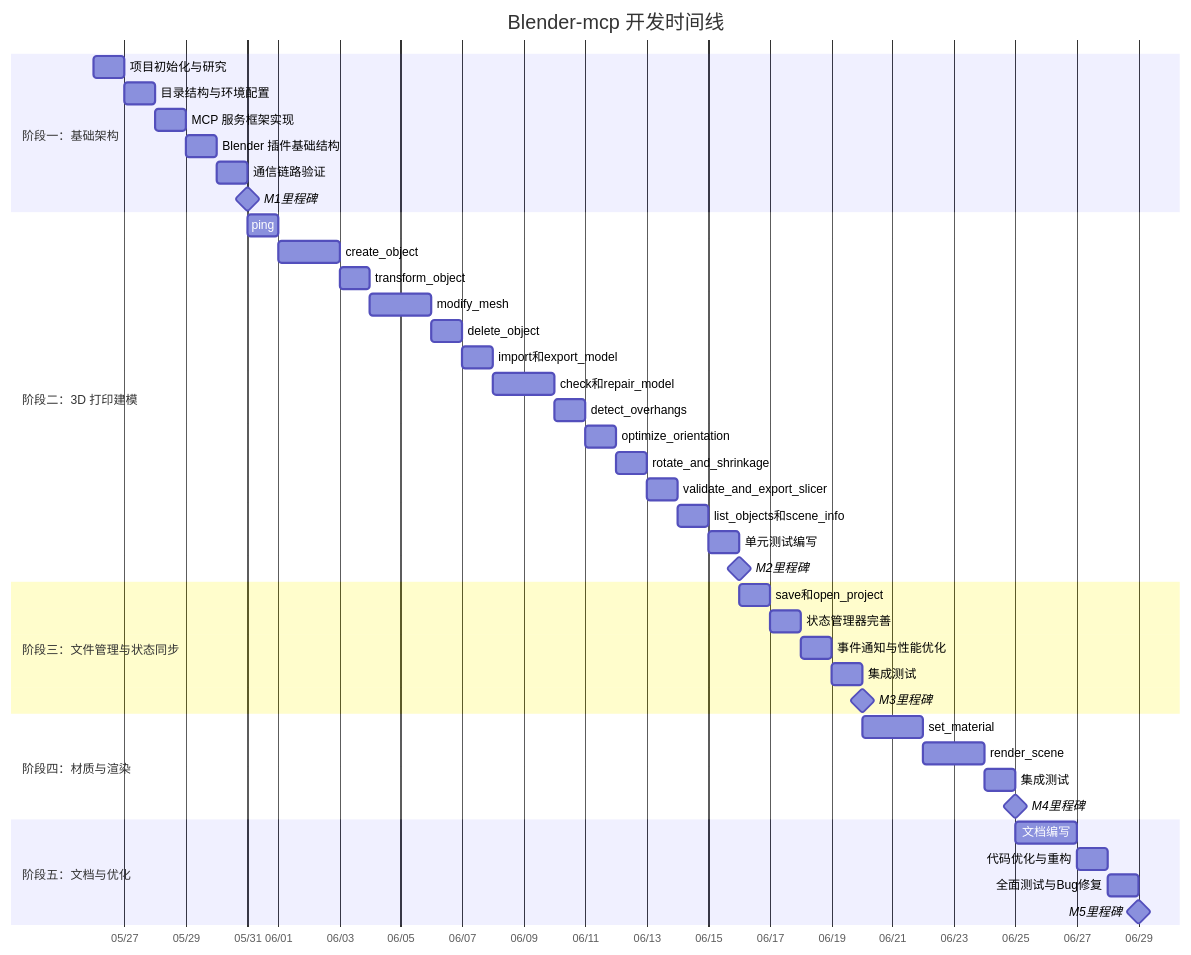
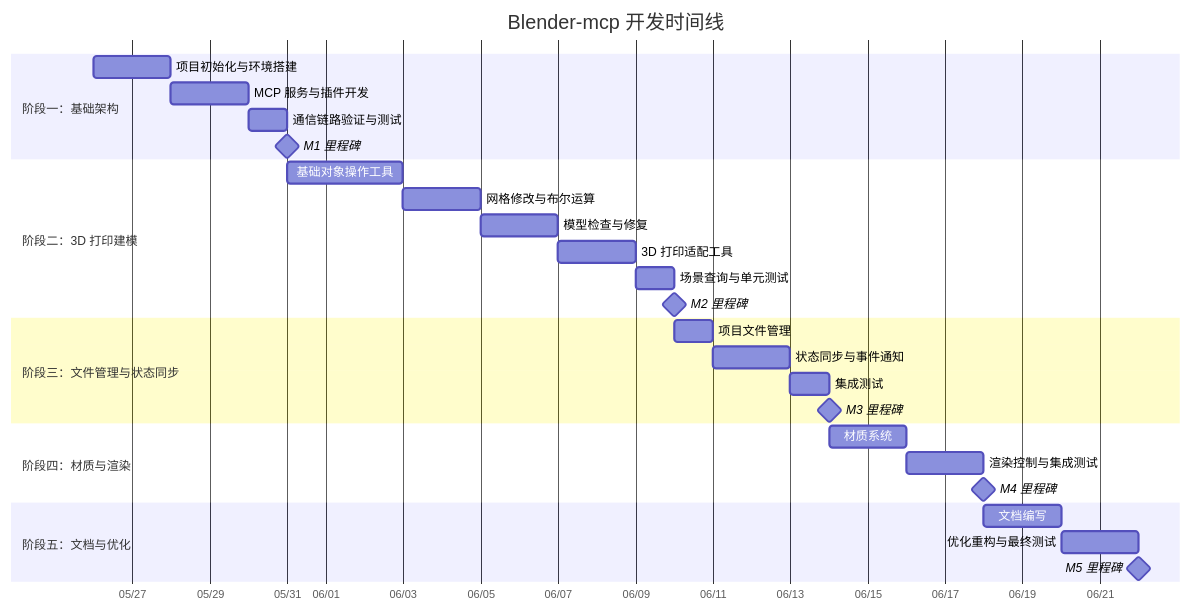
One commit to xjdxjd/Blender-MCP changed the first of 2 diagrams in document/开发计划.md. Above: the diagram before and after it, drawn with Mermaid.

Commit message:
feat: 开发Blender-mcp客户端

````diff
--- a/document/开发计划.md
+++ b/document/开发计划.md
@@ -38,49 +38,36 @@
 ```mermaid
 gantt
     title Blender-mcp 开发时间线
     dateFormat  YYYY-MM-DD
     axisFormat  %m/%d
 
     section 阶段一：基础架构
-    项目初始化与研究           :a1, 2026-05-26, 1d
-    目录结构与环境配置         :a2, after a1, 1d
-    MCP 服务框架实现           :a3, after a2, 1d
-    Blender 插件基础结构       :a4, after a3, 1d
-    通信链路验证               :a5, after a4, 1d
-    M1里程碑                   :milestone, after a5, 0d
+    项目初始化与环境搭建       :a1, 2026-05-26, 2d
+    MCP 服务与插件开发         :a2, after a1, 2d
+    通信链路验证与测试         :a3, after a2, 1d
+    M1 里程碑                  :milestone, after a3, 0d
 
     section 阶段二：3D 打印建模
-    ping                        :b0, after a5, 0.5d
-    create_object               :b1, after b0, 1.5d
-    transform_object            :b2, after b1, 0.5d
-    modify_mesh                 :b3, after b2, 1.5d
-    delete_object               :b4, after b3, 0.5d
-    import和export_model        :b5, after b4, 1d
-    check和repair_model        :b6, after b5, 1.5d
-    detect_overhangs            :b7, after b6, 1d
-    optimize_orientation        :b8, after b7, 1d
-    rotate_and_shrinkage        :b9, after b8, 0.5d
-    validate_and_export_slicer  :b10, after b9, 1d
-    list_objects和scene_info    :b11, after b10, 0.5d
-    单元测试编写                :b12, after b11, 1d
-    M2里程碑                    :milestone, after b12, 0d
+    基础对象操作工具           :b1, after a3, 3d
+    网格修改与布尔运算         :b2, after b1, 2d
+    模型检查与修复             :b3, after b2, 2d
+    3D 打印适配工具           :b4, after b3, 2d
+    场景查询与单元测试         :b5, after b4, 1d
+    M2 里程碑                  :milestone, after b5, 0d
 
     section 阶段三：文件管理与状态同步
-    save和open_project         :c1, after b12, 1d
-    状态管理器完善              :c2, after c1, 1d
-    事件通知与性能优化          :c3, after c2, 1d
-    集成测试                    :c4, after c3, 1d
-    M3里程碑                    :milestone, after c4, 0d
+    项目文件管理               :c1, after b5, 1d
+    状态同步与事件通知         :c2, after c1, 2d
+    集成测试                   :c3, after c2, 1d
+    M3 里程碑                  :milestone, after c3, 0d
 
     section 阶段四：材质与渲染
-    set_material               :d1, after c4, 1.5d
-    render_scene               :d2, after d1, 1.5d
-    集成测试                    :d3, after d2, 1d
-    M4里程碑                    :milestone, after d3, 0d
+    材质系统                   :d1, after c3, 2d
+    渲染控制与集成测试         :d2, after d1, 2d
+    M4 里程碑                  :milestone, after d2, 0d
 
     section 阶段五：文档与优化
-    文档编写                   :e1, after d3, 1.5d
-    代码优化与重构              :e2, after e1, 0.5d
-    全面测试与Bug修复           :e3, after e2, 1d
-    M5里程碑                    :milestone, after e3, 0d
+    文档编写                   :e1, after d2, 2d
+    优化重构与最终测试         :e2, after e1, 2d
+    M5 里程碑                  :milestone, after e2, 0d
 ```
````
